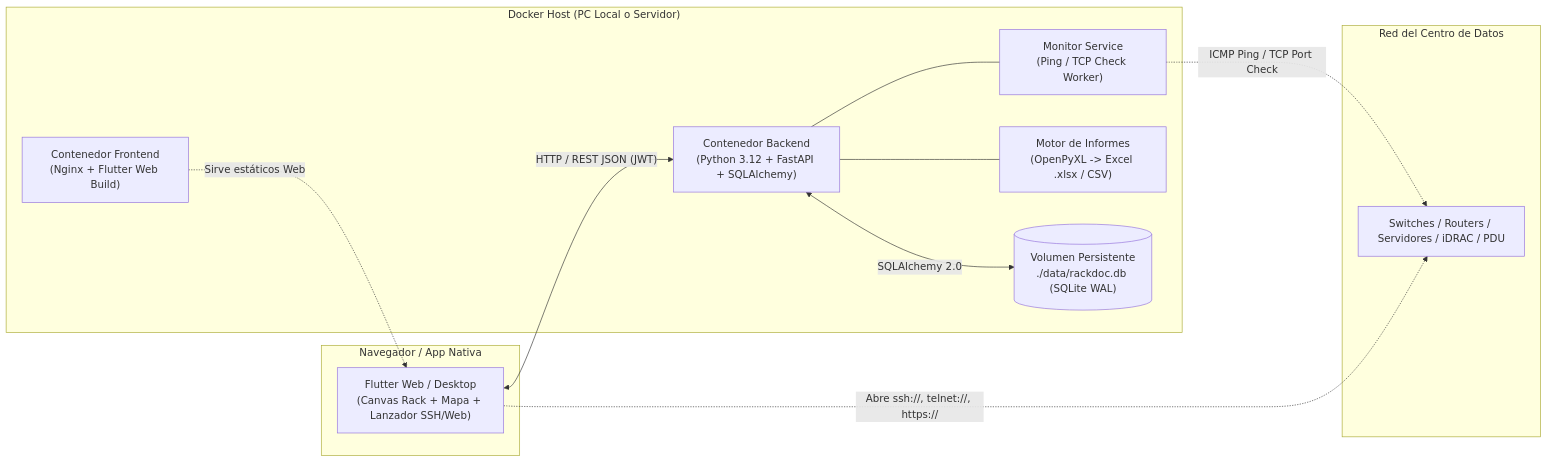
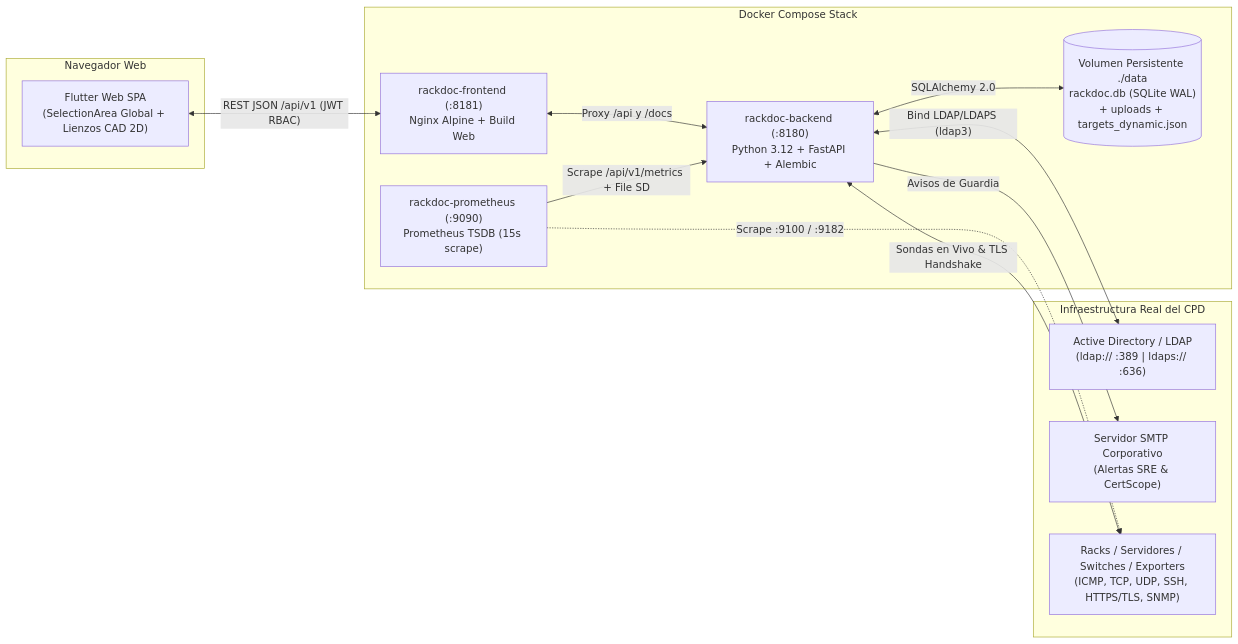
The diagram in ARCHITECTURE.md (mario-ezquerro/rackdoc), drawn with Mermaid before and after one commit. The commit also changed other lines of this file and 36 other files, not shown here.

````diff
--- a/ARCHITECTURE.md
+++ b/ARCHITECTURE.md
@@ -11,26 +9,28 @@
 ```mermaid
 flowchart LR
-    subgraph Client["Navegador / App Nativa"]
-        UI["Flutter Web / Desktop\n(Canvas Rack + Mapa + Lanzador SSH/Web)"]
+    subgraph Browser["Navegador Web"]
+        UI["Flutter Web SPA\n(SelectionArea Global + Lienzos CAD 2D)"]
     end
 
-    subgraph DockerHost["Docker Host (PC Local o Servidor)"]
-        Nginx["Contenedor Frontend\n(Nginx + Flutter Web Build)"]
-        API["Contenedor Backend\n(Python 3.12 + FastAPI + SQLAlchemy)"]
-        Monitor["Monitor Service\n(Ping / TCP Check Worker)"]
-        Exporter["Motor de Informes\n(OpenPyXL -> Excel .xlsx / CSV)"]
-        DB[("Volumen Persistente\n./data/rackdoc.db (SQLite WAL)")]
+    subgraph Docker["Docker Compose Stack"]
+        Nginx["rackdoc-frontend (:8181)\nNginx Alpine + Build Web"]
+        API["rackdoc-backend (:8180)\nPython 3.12 + FastAPI + Alembic"]
+        Prom["rackdoc-prometheus (:9090)\nPrometheus TSDB (15s scrape)"]
+        DB[("Volumen Persistente ./data\nrackdoc.db (SQLite WAL)\n+ uploads + targets_dynamic.json")]
     end
 
-    subgraph CPD["Red del Centro de Datos"]
-        HW["Switches / Routers / Servidores / iDRAC / PDU"]
+    subgraph Infra["Infraestructura Real del CPD"]
+        AD["Active Directory / LDAP\n(ldap:// :389 | ldaps:// :636)"]
+        SMTP["Servidor SMTP Corporativo\n(Alertas SRE & CertScope)"]
+        Nodes["Racks / Servidores / Switches / Exporters\n(ICMP, TCP, UDP, SSH, HTTPS/TLS, SNMP)"]
     end
 
-    UI <-->|"HTTP / REST JSON (JWT)"| API
-    Nginx -.->|"Sirve estáticos Web"| UI
+    UI <-->|"REST JSON /api/v1 (JWT RBAC)"| Nginx
+    Nginx <-->|"Proxy /api y /docs"| API
     API <-->|"SQLAlchemy 2.0"| DB
-    API --- Monitor
-    API --- Exporter
-    Monitor -.->|"ICMP Ping / TCP Port Check"| HW
-    UI -.->|"Abre ssh://, telnet://, https://"| HW
+    Prom -->|"Scrape /api/v1/metrics + File SD"| API
+    Prom -.->|"Scrape :9100 / :9182"| Nodes
+    API <-->|"Bind LDAP/LDAPS (ldap3)"| AD
+    API -->|"Avisos de Guardia"| SMTP
+    API <-->|"Sondas en Vivo & TLS Handshake"| Nodes
 ```
````
